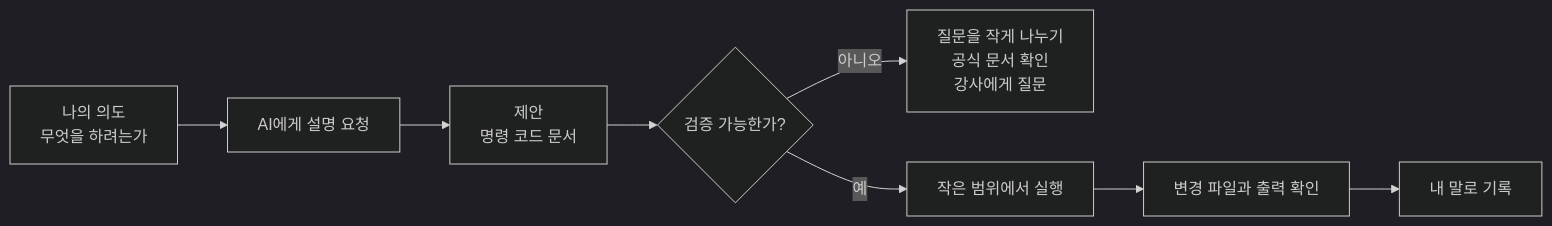
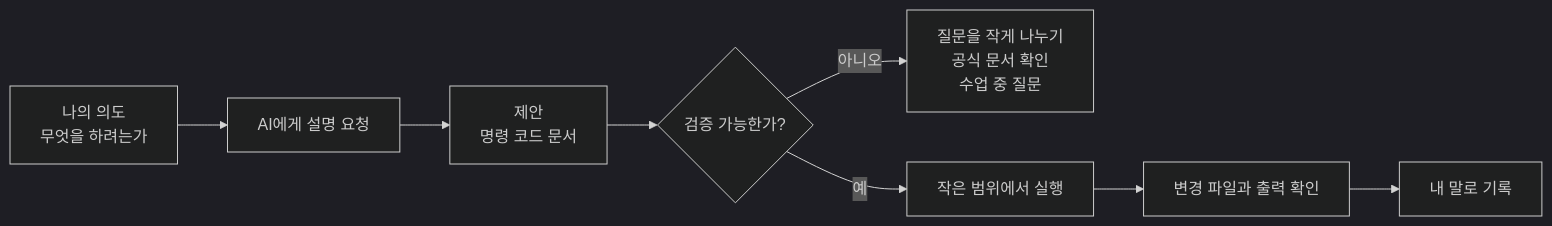
The diagram in cloud-native/week01/day01/07-ai-tools-coding-agent.md (niceguy61/aws-saa-lecture-2026), drawn with Mermaid (dark theme) before and after one commit. The commit also changed other lines of this file and 8 other files, not shown here.

````diff
--- a/cloud-native/week01/day01/07-ai-tools-coding-agent.md
+++ b/cloud-native/week01/day01/07-ai-tools-coding-agent.md
@@ -76,10 +76,10 @@
 ```mermaid
 flowchart LR
   A["나의 의도<br/>무엇을 하려는가"] --> B["AI에게 설명 요청"]
   B --> C["제안<br/>명령 코드 문서"]
   C --> D{"검증 가능한가?"}
-  D -- "아니오" --> E["질문을 작게 나누기<br/>공식 문서 확인<br/>강사에게 질문"]
+  D -- "아니오" --> E["질문을 작게 나누기<br/>공식 문서 확인<br/>수업 중 질문"]
   D -- "예" --> F["작은 범위에서 실행"]
   F --> G["변경 파일과 출력 확인"]
   G --> H["내 말로 기록"]
 ```
````
